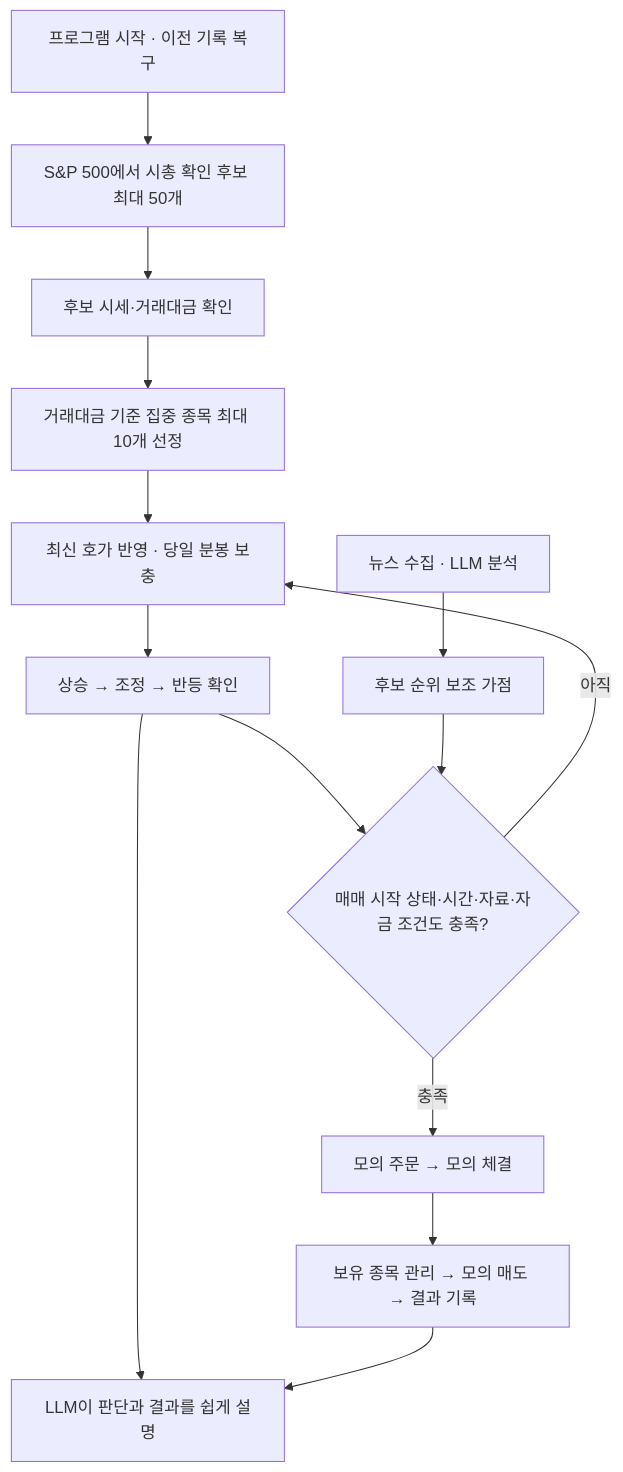
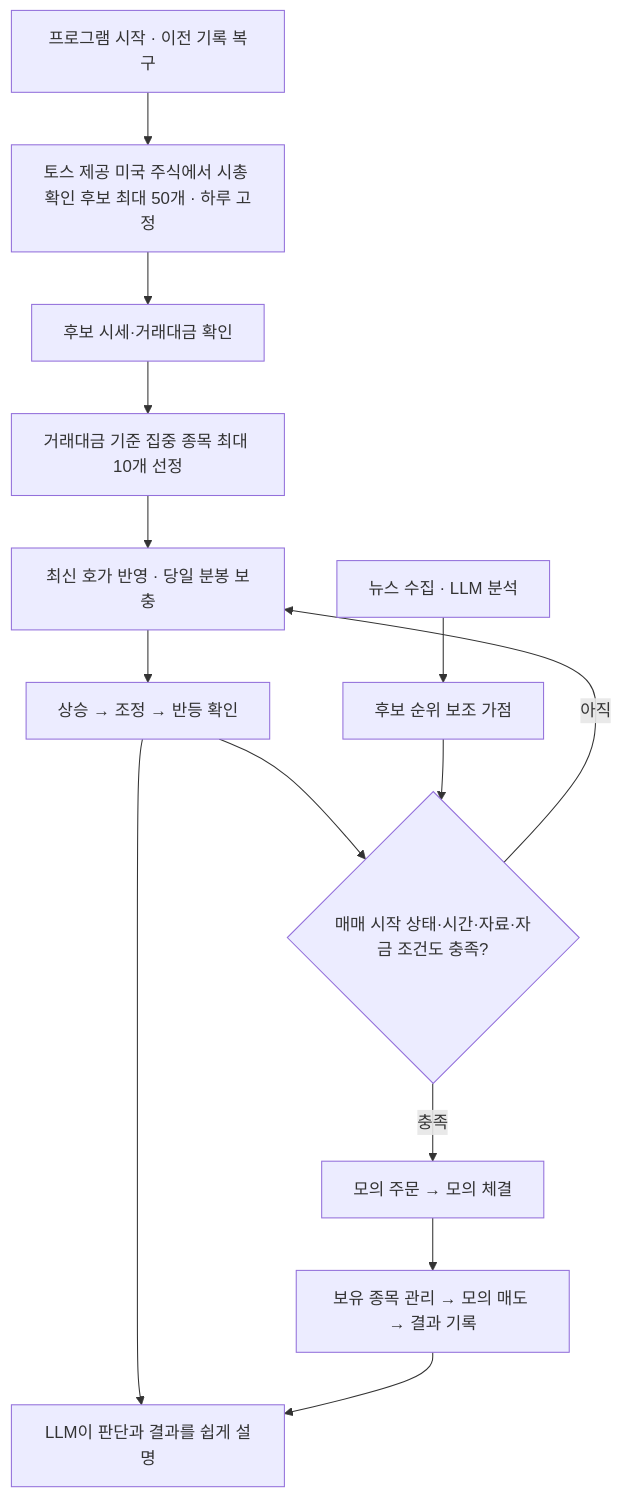
Before and after one commit to taegyoo1104/pennyquant: the diagram in README.md, drawn with Mermaid. The commit also changed other lines of this file and 20 other files, not shown here.

````diff
--- a/README.md
+++ b/README.md
@@ -41,16 +41,16 @@
 ```mermaid
 flowchart TD
-    A[프로그램 시작 · 이전 기록 복구] --> B[S&P 500에서 시총 확인 후보 최대 50개]
+    A[프로그램 시작 · 이전 기록 복구] --> B[토스 제공 미국 주식에서 시총 확인 후보 최대 50개 · 하루 고정]
     B --> Q[후보 시세·거래대금 확인]
     Q --> C[거래대금 기준 집중 종목 최대 10개 선정]
     C --> D[최신 호가 반영 · 당일 분봉 보충]
     D --> E[상승 → 조정 → 반등 확인]
     E --> F{매매 시작 상태·시간·자료·자금 조건도 충족?}
     F -- 아직 --> D
     F -- 충족 --> G[모의 주문 → 모의 체결]
     G --> H[보유 종목 관리 → 모의 매도 → 결과 기록]
     N[뉴스 수집 · LLM 분석] --> P[후보 순위 보조 가점]
     P --> F
     E --> X[LLM이 판단과 결과를 쉽게 설명]
     H --> X
 ```
````
